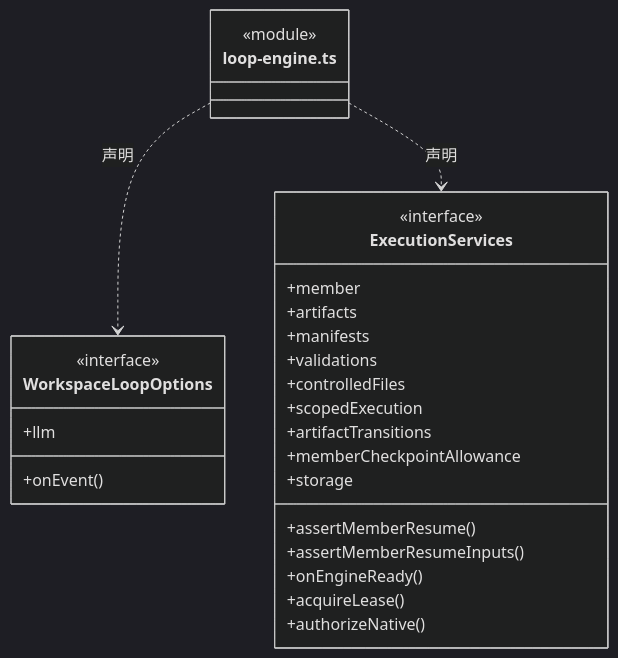
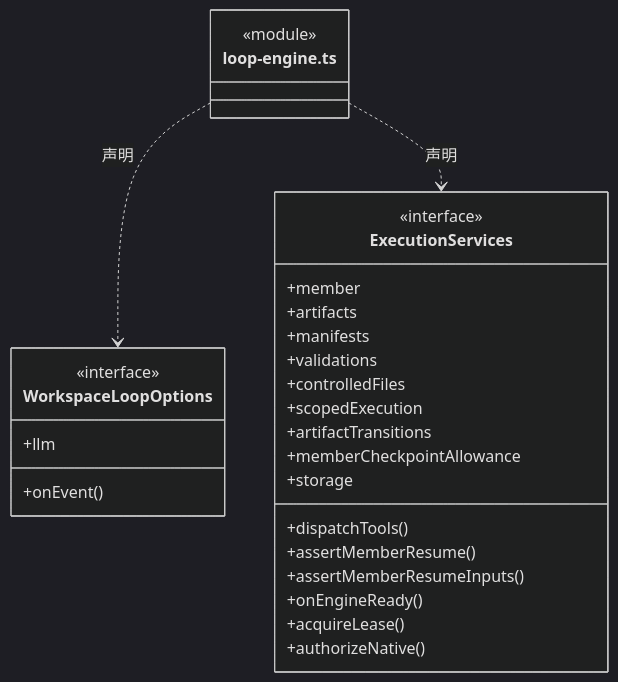
One commit to nan023062/cbim changed the seventh of 9 diagrams in src/logic/execution/assembly/ARCHITECTURE.md. Above: the diagram before and after it, drawn with Mermaid (dark theme). The commit also changed other lines of this file and 23 other files, not shown here.

````diff
--- a/src/logic/execution/assembly/ARCHITECTURE.md
+++ b/src/logic/execution/assembly/ARCHITECTURE.md
@@ -172,30 +172,31 @@
 ```mermaid
 classDiagram
 class N_src_logic_execution_assembly_loop_engine_ts["loop-engine.ts"] {
   <<module>>
 }
 class N_src_logic_execution_assembly_loop_engine_ts_WorkspaceLoopOptions["WorkspaceLoopOptions"] {
   <<interface>>
   +onEvent()
   +llm
 }
 N_src_logic_execution_assembly_loop_engine_ts ..> N_src_logic_execution_assembly_loop_engine_ts_WorkspaceLoopOptions : 声明
 class N_src_logic_execution_assembly_loop_engine_ts_ExecutionServices["ExecutionServices"] {
   <<interface>>
+  +dispatchTools()
   +member
   +artifacts
   +manifests
   +validations
   +controlledFiles
   +scopedExecution
   +artifactTransitions
   +assertMemberResume()
   +memberCheckpointAllowance
   +assertMemberResumeInputs()
   +onEngineReady()
   +storage
   +acquireLease()
   +authorizeNative()
 }
 N_src_logic_execution_assembly_loop_engine_ts ..> N_src_logic_execution_assembly_loop_engine_ts_ExecutionServices : 声明
 ```
````
